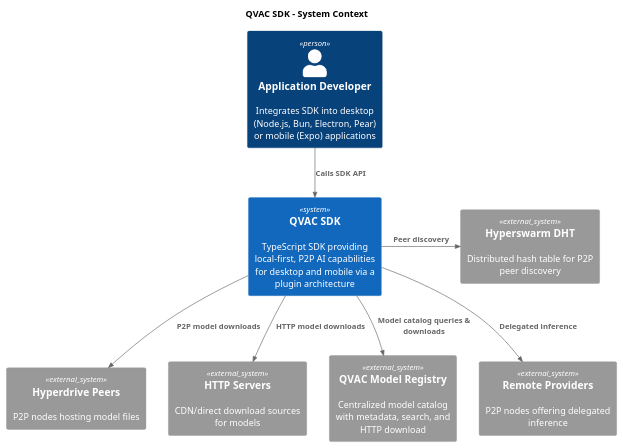
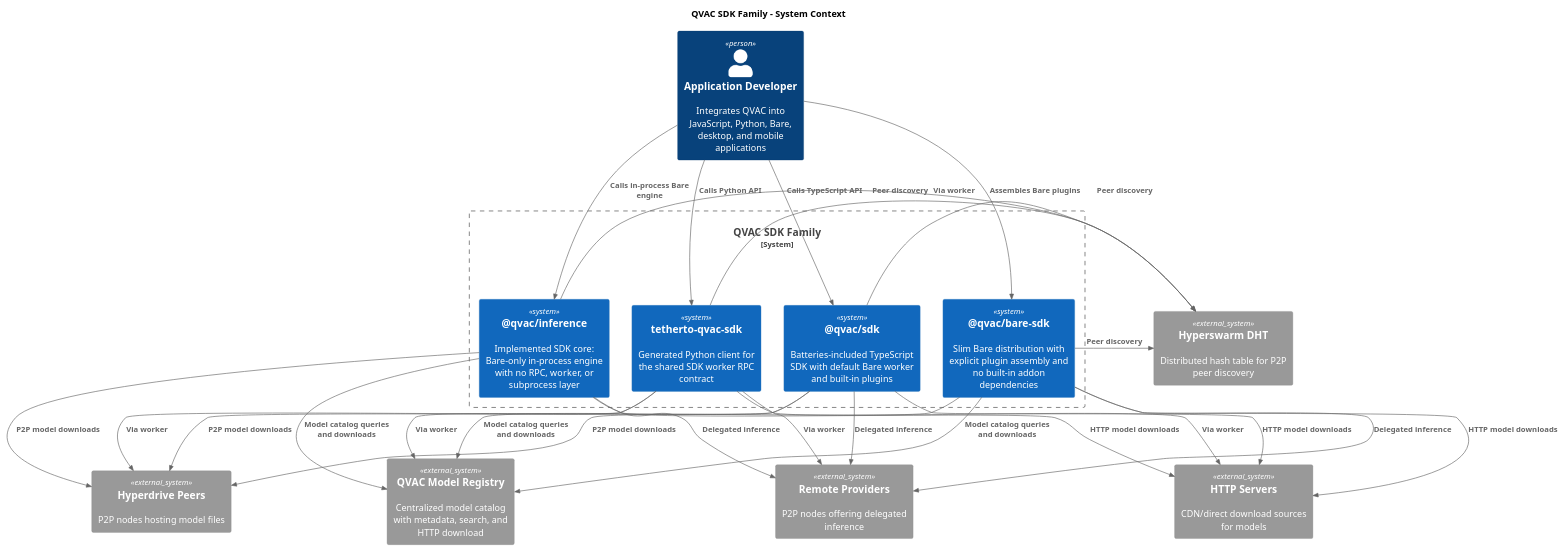
The diagram in docs/architecture/puml/01-system-context.puml (Zbig9000/qvac), drawn with PlantUML before and after one commit. The commit also changed 20 other files, not shown here.

First line of the commit message:
doc[notask]: actualize SDK architecture docs (#3878)

```diff
--- a/docs/architecture/puml/01-system-context.puml
+++ b/docs/architecture/puml/01-system-context.puml
@@ -1,22 +1,45 @@
 @startuml
 !include <C4/C4_Context>
 
-title QVAC SDK - System Context
+title QVAC SDK Family - System Context
 
-Person(dev, "Application Developer", "Integrates SDK into desktop (Node.js, Bun, Electron, Pear) or mobile (Expo) applications")
-System(sdk, "QVAC SDK", "TypeScript SDK providing local-first, P2P AI capabilities for desktop and mobile via a plugin architecture")
+Person(dev, "Application Developer", "Integrates QVAC into JavaScript, Python, Bare, desktop, and mobile applications")
+System_Boundary(qvac_sdk_family, "QVAC SDK Family") {
+    System(ts_sdk, "@qvac/sdk", "Batteries-included TypeScript SDK with default Bare worker and built-in plugins")
+    System(bare_sdk, "@qvac/bare-sdk", "Slim Bare distribution with explicit plugin assembly and no built-in addon dependencies")
+    System(inference, "@qvac/inference", "Implemented SDK core: Bare-only in-process engine with no RPC, worker, or subprocess layer")
+    System(py_sdk, "tetherto-qvac-sdk", "Generated Python client for the shared SDK worker RPC contract")
+}
 
 System_Ext(dht, "Hyperswarm DHT", "Distributed hash table for P2P peer discovery")
 System_Ext(hyperdrive, "Hyperdrive Peers", "P2P nodes hosting model files")
 System_Ext(cdn, "HTTP Servers", "CDN/direct download sources for models")
 System_Ext(registry, "QVAC Model Registry", "Centralized model catalog with metadata, search, and HTTP download")
 System_Ext(providers, "Remote Providers", "P2P nodes offering delegated inference")
 
-Rel_D(dev, sdk, "Calls SDK API")
-Rel_R(sdk, dht, "Peer discovery")
-Rel_D(sdk, hyperdrive, "P2P model downloads")
-Rel_D(sdk, cdn, "HTTP model downloads")
-Rel_D(sdk, registry, "Model catalog queries & downloads")
-Rel_D(sdk, providers, "Delegated inference")
+Rel_D(dev, ts_sdk, "Calls TypeScript API")
+Rel_D(dev, bare_sdk, "Assembles Bare plugins")
+Rel_D(dev, inference, "Calls in-process Bare engine")
+Rel_D(dev, py_sdk, "Calls Python API")
+Rel_R(ts_sdk, dht, "Peer discovery")
+Rel_R(bare_sdk, dht, "Peer discovery")
+Rel_R(inference, dht, "Peer discovery")
+Rel_R(py_sdk, dht, "Via worker")
+Rel_D(ts_sdk, hyperdrive, "P2P model downloads")
+Rel_D(bare_sdk, hyperdrive, "P2P model downloads")
+Rel_D(inference, hyperdrive, "P2P model downloads")
+Rel_D(py_sdk, hyperdrive, "Via worker")
+Rel_D(ts_sdk, cdn, "HTTP model downloads")
+Rel_D(bare_sdk, cdn, "HTTP model downloads")
+Rel_D(inference, cdn, "HTTP model downloads")
+Rel_D(py_sdk, cdn, "Via worker")
+Rel_D(ts_sdk, registry, "Model catalog queries and downloads")
+Rel_D(bare_sdk, registry, "Model catalog queries and downloads")
+Rel_D(inference, registry, "Model catalog queries and downloads")
+Rel_D(py_sdk, registry, "Via worker")
+Rel_D(ts_sdk, providers, "Delegated inference")
+Rel_D(bare_sdk, providers, "Delegated inference")
+Rel_D(inference, providers, "Delegated inference")
+Rel_D(py_sdk, providers, "Via worker")
 
 @enduml
```
